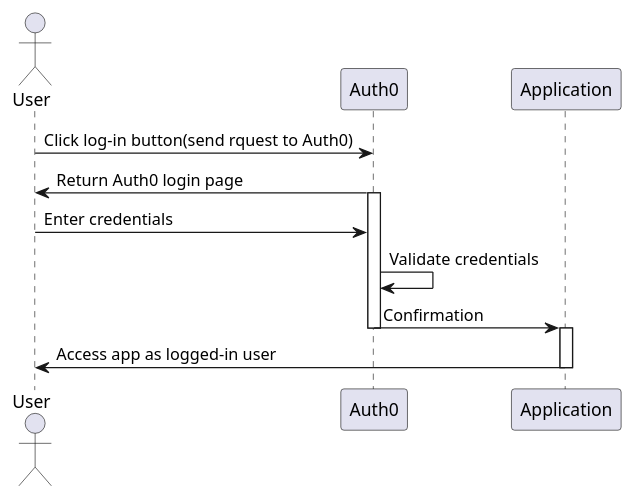
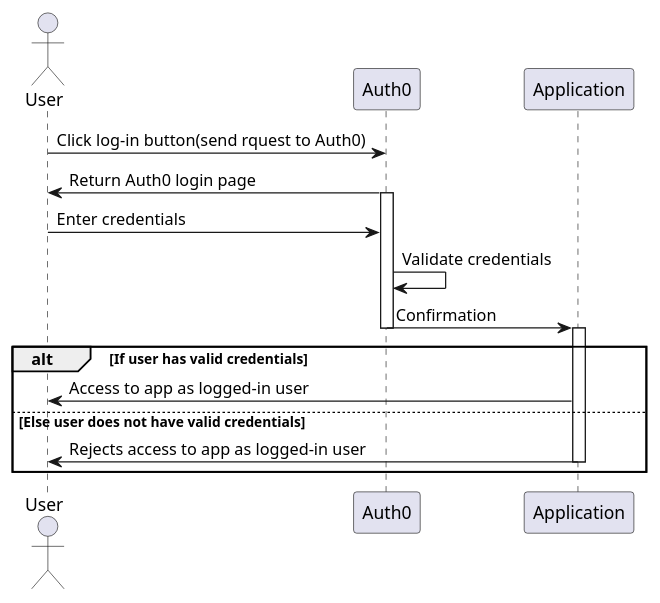
One commit to GeorgeWFunnell/Final-Year-Project changed the diagram in Diagrams/Sequence-Diaram login.puml. Above: the diagram before and after it, drawn with PlantUML. The commit also changed 4 other files, not shown here.

```diff
--- a/Diagrams/Sequence-Diaram login.puml
+++ b/Diagrams/Sequence-Diaram login.puml
@@ -1,16 +1,23 @@
 @startuml SequenceDiagram Login
 actor User
 participant Auth0
 participant Application
 User -> Auth0 : Click log-in button(send rquest to Auth0)
 Auth0 -> User : Return Auth0 login page
 activate Auth0
 User -> Auth0 : Enter credentials
 Auth0 -> Auth0 : Validate credentials
 Auth0 -> Application : Confirmation
 deactivate Auth0
 activate Application
 
-Application -> User : Access app as logged-in user
+alt If user has valid credentials
+
+Application -> User : Access to app as logged-in user
+
+else Else user does not have valid credentials
+
+Application -> User : Rejects access to app as logged-in user 
 deactivate Application
+end
 @enduml
```
